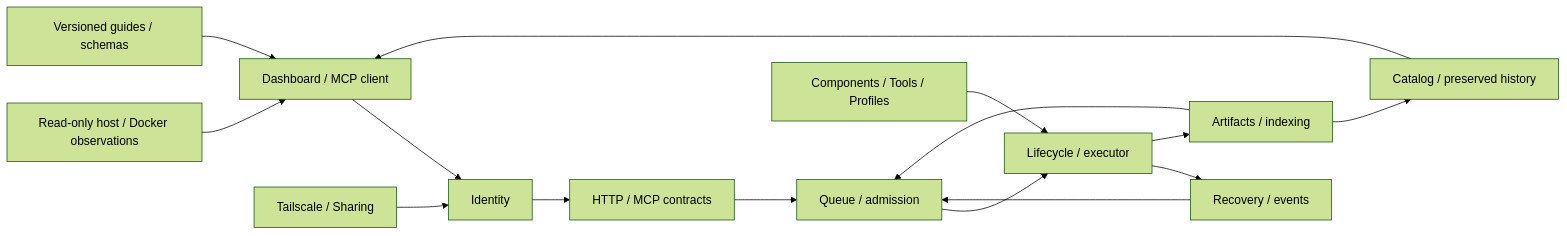
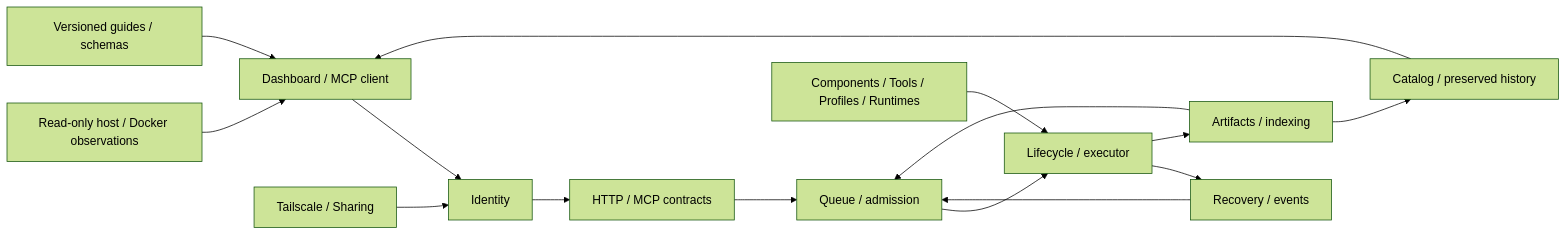
Before and after one commit to LoomOps/Loom: the diagram in docs/features/README.md, drawn with Mermaid (forest theme). The commit also changed other lines of this file and 99 other files, not shown here.

````diff
--- a/docs/features/README.md
+++ b/docs/features/README.md
@@ -24,17 +24,17 @@
 ```mermaid
 flowchart LR
   Client[Dashboard / MCP client] --> Identity[Identity]
   Network[Tailscale / Sharing] --> Identity
   Identity --> API[HTTP / MCP contracts]
   API --> Queue[Queue / admission]
   Queue --> Execution[Lifecycle / executor]
-  Extensions[Components / Tools / Profiles] --> Execution
+  Extensions[Components / Tools / Profiles / Runtimes] --> Execution
   Execution --> Recovery[Recovery / events]
   Recovery --> Queue
   Execution --> Results[Artifacts / indexing]
   Results --> Queue
   Results --> Catalog[Catalog / preserved history]
   Catalog --> Client
   Observations[Read-only host / Docker observations] --> Client
   Onboarding[Versioned guides / schemas] --> Client
 ```
````
